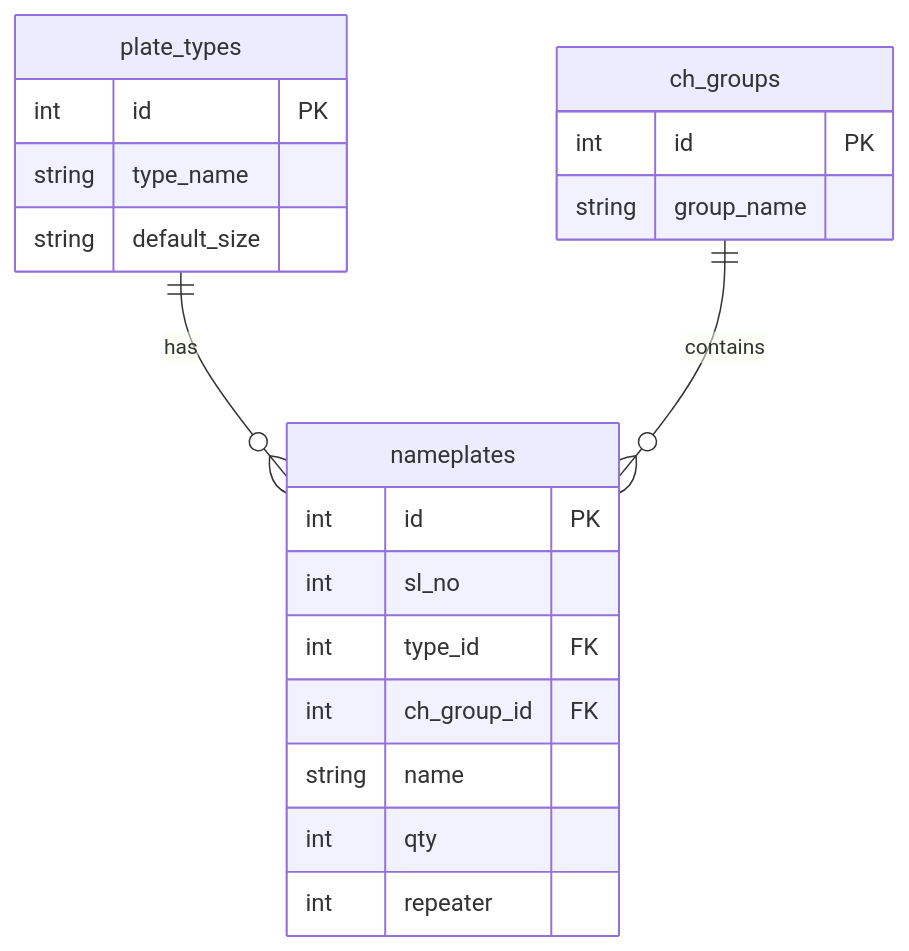
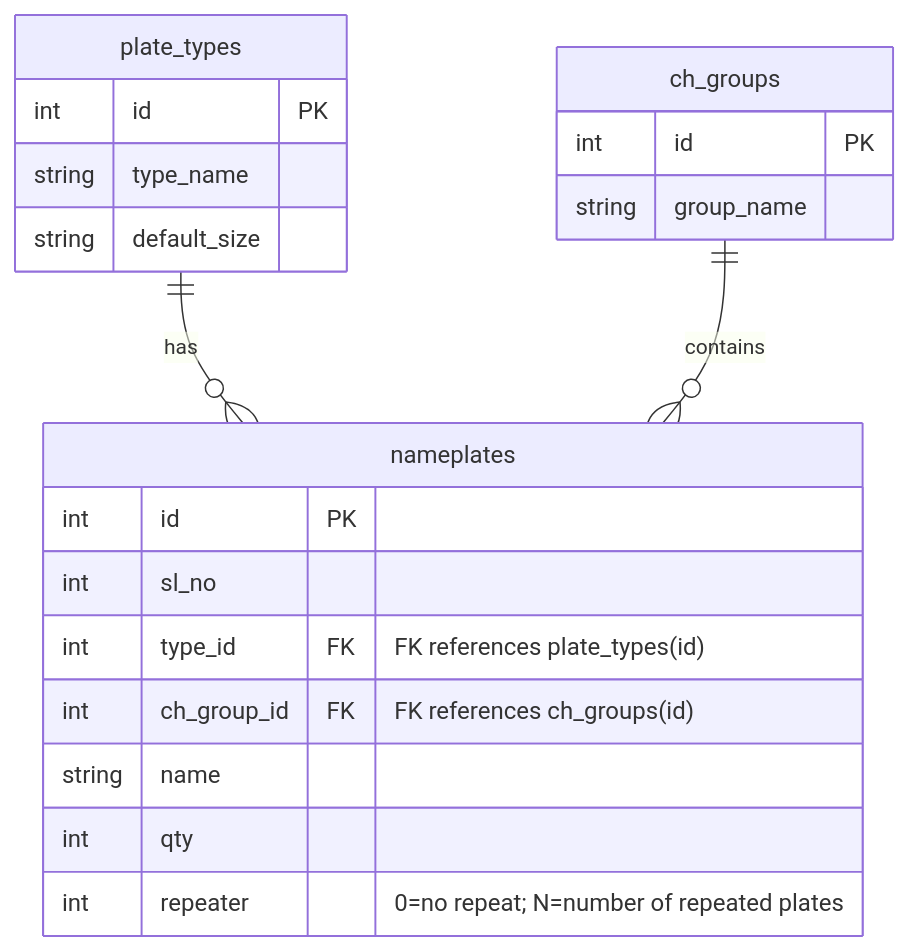
One commit to aamitn/plategen changed the fourth of 4 diagrams in README.md. Above: the diagram before and after it, drawn with Mermaid. The commit also changed other lines of this file, not shown here.

````diff
--- a/README.md
+++ b/README.md
@@ -131,26 +158,26 @@
 ```mermaid
 erDiagram
     plate_types ||--o{ nameplates : has
     ch_groups ||--o{ nameplates : contains
 
     plate_types {
         int id PK
         string type_name
         string default_size
     }
 
     ch_groups {
         int id PK
         string group_name
     }
 
     nameplates {
         int id PK
         int sl_no
-        int type_id FK
-        int ch_group_id FK
+        int type_id FK "FK references plate_types(id)"
+        int ch_group_id FK "FK references ch_groups(id)"
         string name
         int qty
-        int repeater
+        int repeater "0=no repeat; N=number of repeated plates"
     }
 ```
````
